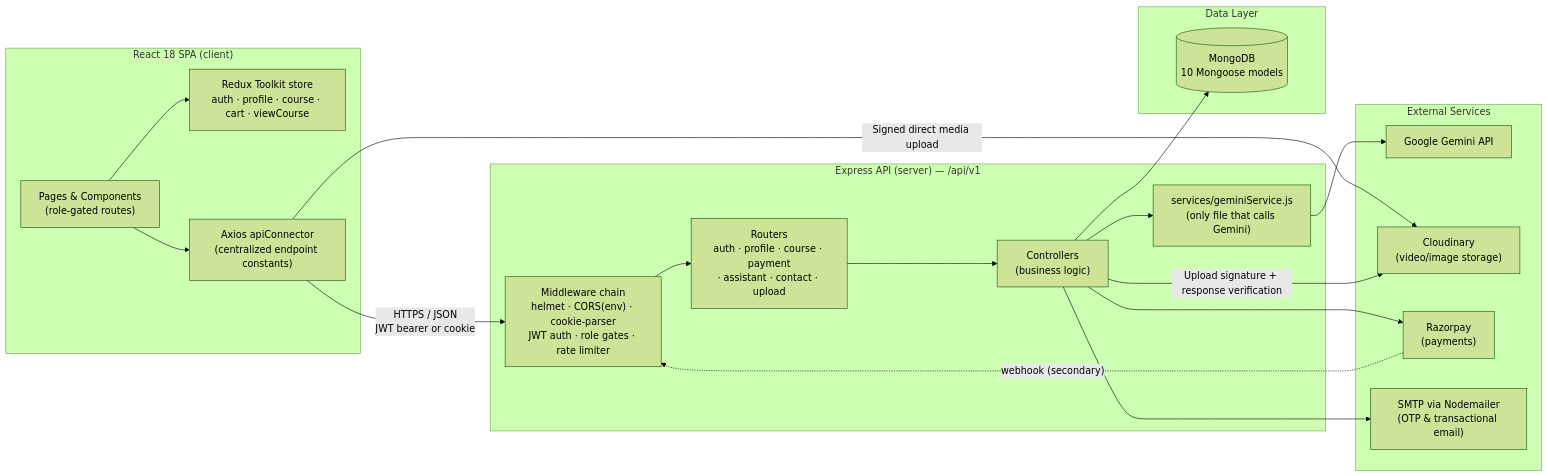
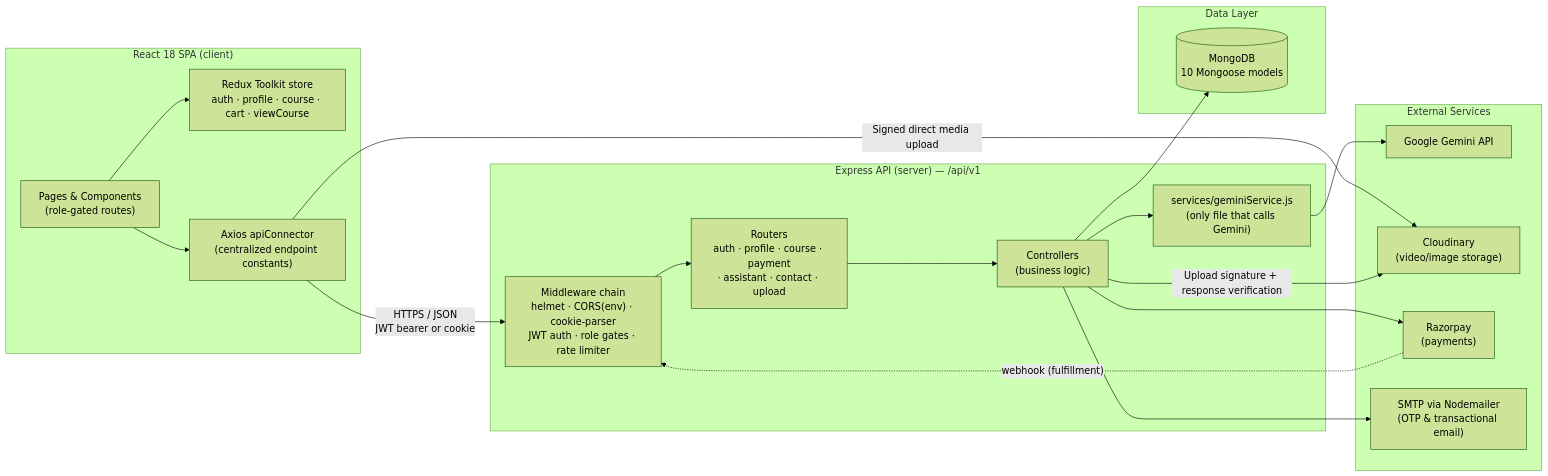
The first of 4 diagrams in README.md (Raaghav-09/Synapse), drawn with Mermaid (forest theme) before and after one commit. The commit also changed other lines of this file and 1 other file, not shown here.

First line of the commit message:
docs(payments): document webhook setup and rollout

````diff
--- a/README.md
+++ b/README.md
@@ -83,39 +83,39 @@
 ```mermaid
 flowchart LR
     subgraph CLIENT["React 18 SPA (client)"]
         UI["Pages & Components<br/>(role-gated routes)"]
         STORE["Redux Toolkit store<br/>auth · profile · course · cart · viewCourse"]
         AX["Axios apiConnector<br/>(centralized endpoint constants)"]
         UI --> STORE
         UI --> AX
     end
 
     subgraph SERVER["Express API (server) — /api/v1"]
         MW["Middleware chain<br/>helmet · CORS(env) · cookie-parser<br/>JWT auth · role gates · rate limiter"]
         ROUTES["Routers<br/>auth · profile · course · payment<br/>· assistant · contact · upload"]
         CTRL["Controllers<br/>(business logic)"]
         SVC["services/geminiService.js<br/>(only file that calls Gemini)"]
         MW --> ROUTES --> CTRL
         CTRL --> SVC
     end
 
     subgraph DATA["Data Layer"]
         DB[("MongoDB<br/>10 Mongoose models")]
     end
 
     subgraph EXT["External Services"]
         GEMINI["Google Gemini API"]
         CLOUD["Cloudinary<br/>(video/image storage)"]
         RZP["Razorpay<br/>(payments)"]
         MAIL["SMTP via Nodemailer<br/>(OTP & transactional email)"]
     end
 
     AX -- "HTTPS / JSON<br/>JWT bearer or cookie" --> MW
     AX -- "Signed direct media upload" --> CLOUD
     CTRL -- "Upload signature + response verification" --> CLOUD
     CTRL --> DB
     SVC --> GEMINI
     CTRL --> RZP
     CTRL --> MAIL
-    RZP -. "webhook (secondary)" .-> MW
+    RZP -. "webhook (fulfillment)" .-> MW
 ```
````
